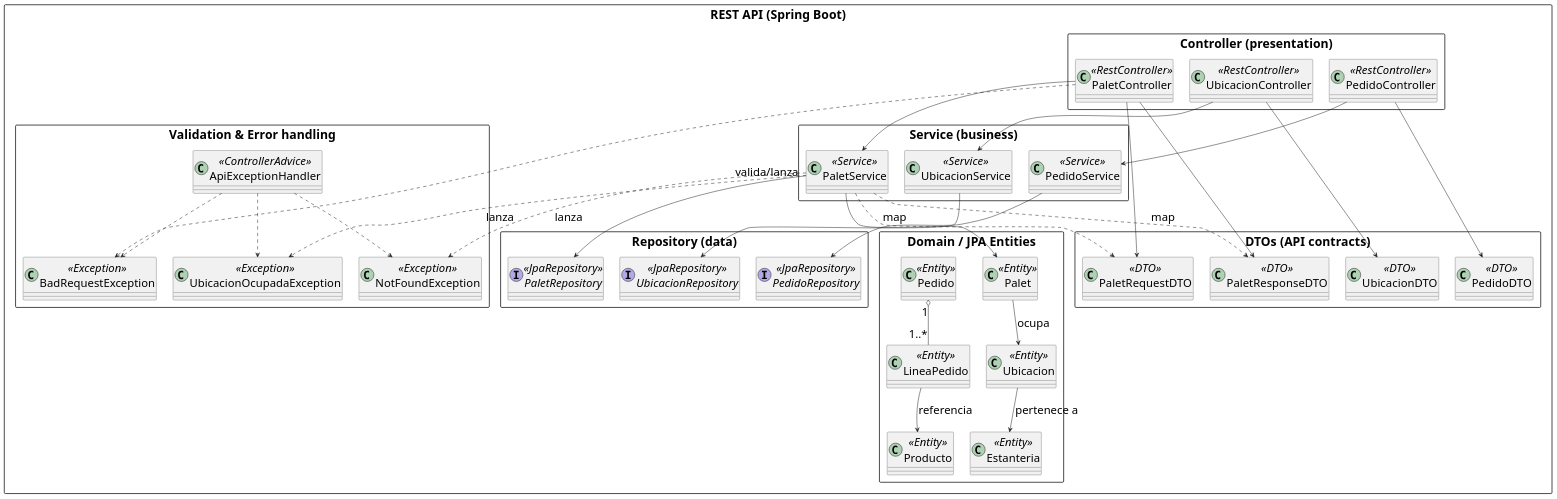
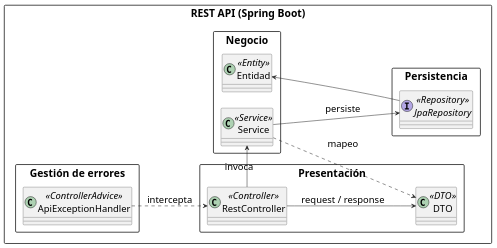
Before and after one commit to AmasterJT/TFG-EyA-Uvigo-Jose-Torre: the diagram in Memoria-Documentacion-del-proyecto/Diagramas-UML/api-componentes-capas.puml, drawn with PlantUML. The commit also changed 15 other files, not shown here.

```diff
--- a/Memoria-Documentacion-del-proyecto/Diagramas-UML/api-componentes-capas.puml
+++ b/Memoria-Documentacion-del-proyecto/Diagramas-UML/api-componentes-capas.puml
@@ -1,92 +1,45 @@
-@startuml
+@startuml 
 
+left to right direction
 
-skinparam defaultFontSize 24
-skinparam classFontSize 24
-skinparam packageFontSize 26
-skinparam titleFontSize 28
-
-skinparam componentStyle rectangle
+skinparam defaultFontSize 20
+skinparam packageFontSize 22
+skinparam classFontSize 20
 skinparam shadowing false
 skinparam packageStyle rectangle
+skinparam componentStyle rectangle
 
 package "REST API (Spring Boot)" {
 
-  package "Controller (presentation)" {
-    class PaletController <<RestController>>
-    class UbicacionController <<RestController>>
-    class PedidoController <<RestController>>
+  package "Presentación" {
+    class RestController <<Controller>>
+    class DTO <<DTO>>
   }
 
-  package "Service (business)" {
-    class PaletService <<Service>>
-    class UbicacionService <<Service>>
-    class PedidoService <<Service>>
+  package "Negocio" {
+    class Service <<Service>>
+    class Entidad <<Entity>>
   }
 
-  package "Repository (data)" {
-    interface PaletRepository <<JpaRepository>>
-    interface UbicacionRepository <<JpaRepository>>
-    interface PedidoRepository <<JpaRepository>>
+  package "Persistencia" {
+    interface JpaRepository <<Repository>>
   }
 
-  package "DTOs (API contracts)" {
-    class PaletRequestDTO <<DTO>>
-    class PaletResponseDTO <<DTO>>
-    class UbicacionDTO <<DTO>>
-    class PedidoDTO <<DTO>>
-  }
-
-  package "Domain / JPA Entities" {
-    class Palet <<Entity>>
-    class Ubicacion <<Entity>>
-    class Estanteria <<Entity>>
-    class Pedido <<Entity>>
-    class LineaPedido <<Entity>>
-    class Producto <<Entity>>
-  }
-
-  package "Validation & Error handling" {
+  package "Gestión de errores" {
     class ApiExceptionHandler <<ControllerAdvice>>
-    class UbicacionOcupadaException <<Exception>>
-    class NotFoundException <<Exception>>
-    class BadRequestException <<Exception>>
   }
 }
 
-' --- dependencias entre capas ---
-PaletController --> PaletService
-UbicacionController --> UbicacionService
-PedidoController --> PedidoService
+' Flujo principal
+RestController --> Service : invoca
+Service --> JpaRepository : persiste
+JpaRepository --> Entidad
 
-PaletService --> PaletRepository
-UbicacionService --> UbicacionRepository
-PedidoService --> PedidoRepository
+' Uso de DTOs
+RestController --> DTO : request / response
+Service ..> DTO : mapeo
 
-' --- DTOs usados por controladores ---
-PaletController --> PaletRequestDTO
-PaletController --> PaletResponseDTO
-UbicacionController --> UbicacionDTO
-PedidoController --> PedidoDTO
-
-' --- mapeo (conceptual) DTO <-> Entity ---
-PaletService ..> PaletRequestDTO : map
-PaletService ..> PaletResponseDTO : map
-PaletService --> Palet
-
-' --- entidades y relaciones de dominio (resumen) ---
-Palet --> Ubicacion : ocupa
-Ubicacion --> Estanteria : pertenece a
-Pedido "1" o-- "1..*" LineaPedido
-LineaPedido --> Producto : referencia
-
-' --- control de errores ---
-ApiExceptionHandler ..> UbicacionOcupadaException
-ApiExceptionHandler ..> NotFoundException
-ApiExceptionHandler ..> BadRequestException
-
-PaletService ..> UbicacionOcupadaException : lanza
-PaletService ..> NotFoundException : lanza
-PaletController ..> BadRequestException : valida/lanza
+' Manejo de errores
+ApiExceptionHandler ..> RestController : intercepta
 
 @enduml
```
